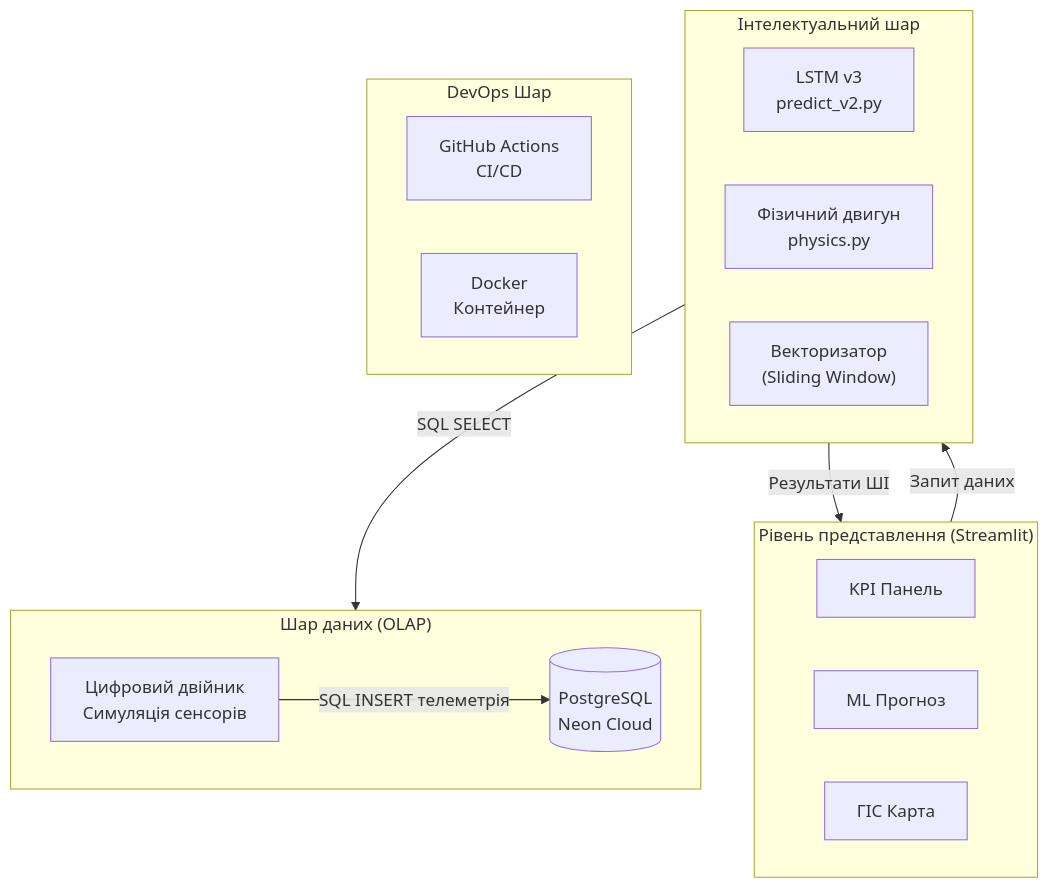
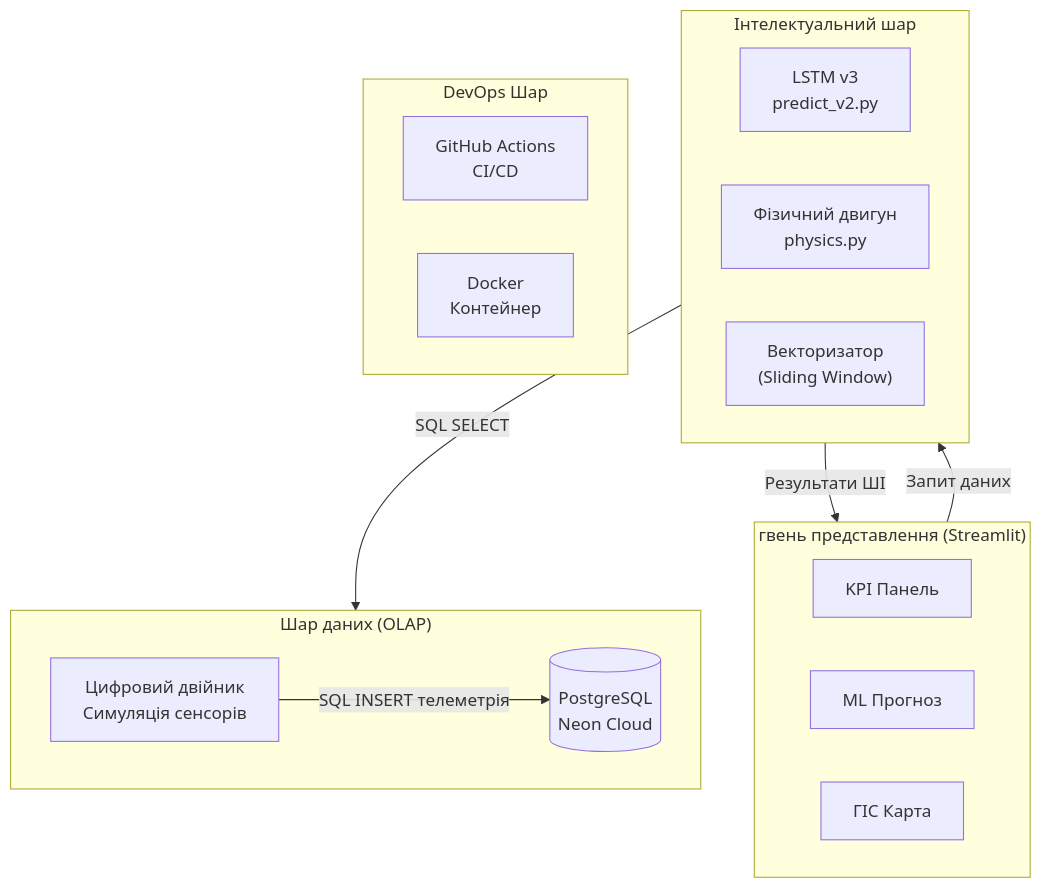
One commit to Lutvunenko-Dmutro/EnergyMonitor-OLAP changed the seventh of 10 diagrams in docs/thesis/THESIS_FULL_FINAL_UTF8.md. Above: the diagram before and after it, drawn with Mermaid. The commit also changed other lines of this file and 10 other files, not shown here.

````diff
--- a/docs/thesis/THESIS_FULL_FINAL_UTF8.md
+++ b/docs/thesis/THESIS_FULL_FINAL_UTF8.md
@@ -754,33 +787,33 @@
 ```mermaid
 graph TB
-    subgraph UI["Рівень представлення (Streamlit)"]
+    subgraph UI["гвень представлення (Streamlit)"]
         direction LR
         A1["KPI Панель"]
         A2["ML Прогноз"]
         A3["ГІС Карта"]
     end
 
     subgraph CORE["Інтелектуальний шар"]
         direction LR
         B1["LSTM v3\npredict_v2.py"]
         B3["Фізичний двигун\nphysics.py"]
         B4["Векторизатор\n(Sliding Window)"]
     end
 
     subgraph DATA["Шар даних (OLAP)"]
         direction LR
         C1[("PostgreSQL\nNeon Cloud")]
         C3["Цифровий двійник\nСимуляція сенсорів"]
     end
 
     subgraph DEVOPS["DevOps Шар"]
         direction LR
         D1["GitHub Actions\nCI/CD"]
         D2["Docker\nКонтейнер"]
     end
 
     UI -->|"Запит даних"| CORE
     CORE -->|"SQL SELECT"| DATA
     C3 -->|"SQL INSERT телеметрія"| C1
     B1 -->|"Результати ШІ"| UI
 ```
````
